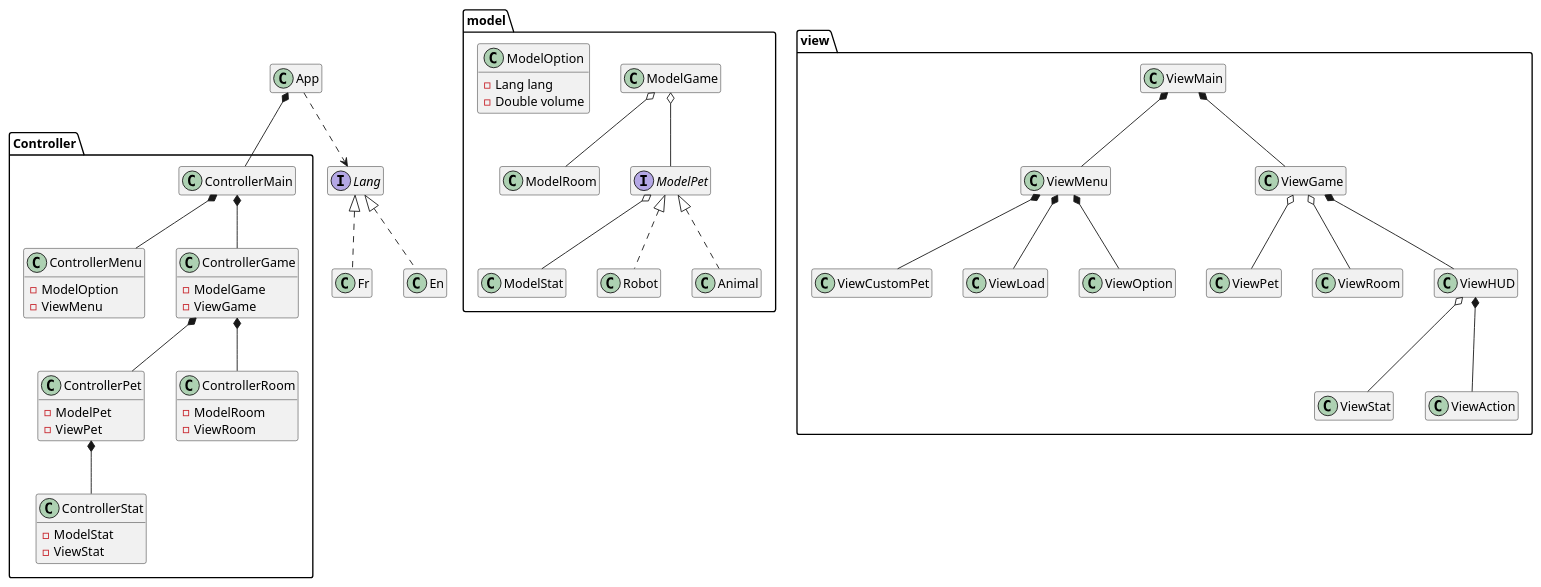
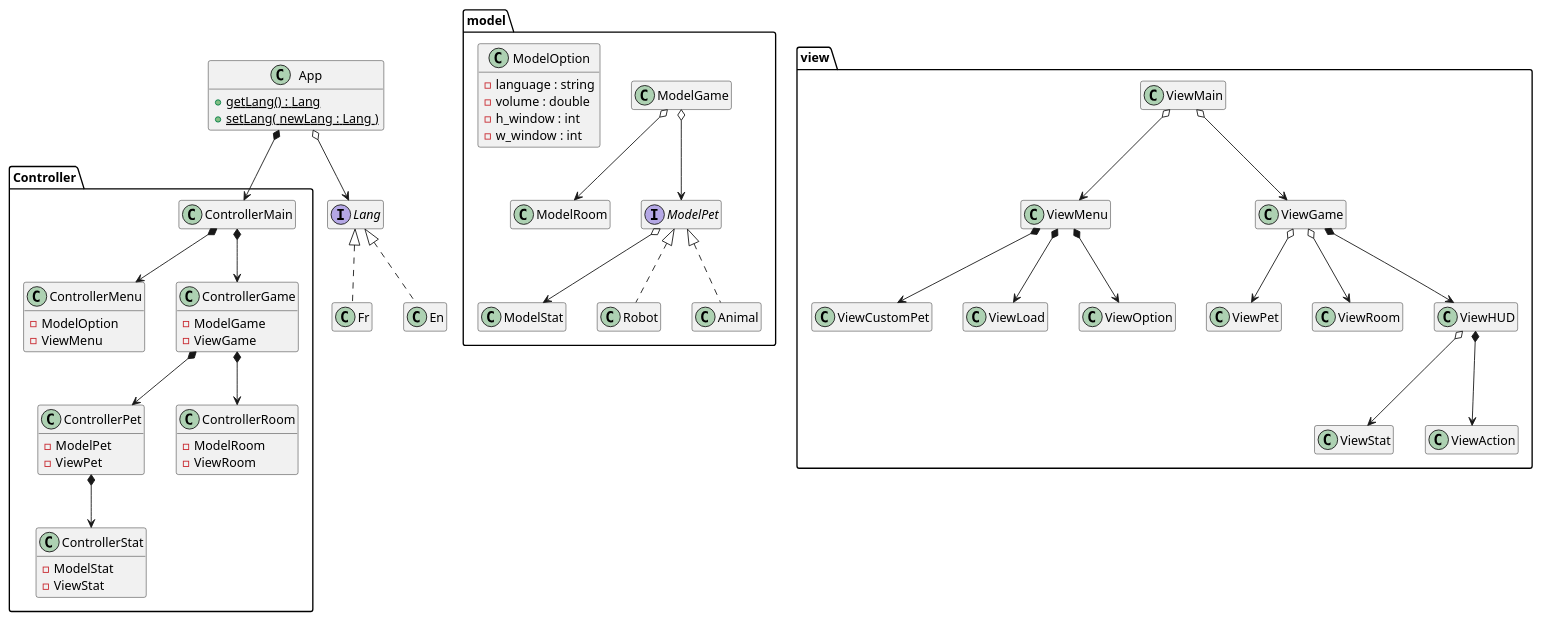
The diagram in diagrams/diagram-class.puml (83NJAM1/Tamagotchi), drawn with PlantUML before and after one commit. The commit also changed 15 other files, not shown here.

Commit message:
update : ajout package lang + methode dans app + modif diagram class

```diff
--- a/diagrams/diagram-class.puml
+++ b/diagrams/diagram-class.puml
@@ -1,92 +1,99 @@
 @startuml
 
 hide empty attributes
 hide empty methods
 
-class App
+class App {
+	+ {static} getLang() : Lang
+	+ {static} setLang( newLang : Lang )
+}
+
 interface Lang
-App ..> Lang
 class Fr
 Class En
+
 Lang <|.. Fr
 Lang <|.. En
+App o--> Lang
 
 package model {
     class ModelRoom
     class ModelGame
     class ModelStat
     class ModelOption {
-	    -Lang lang
-	    -Double volume
+    	-language : string
+	    -volume : double
+	    -h_window : int
+	    -w_window : int
     }
     interface ModelPet
     class Robot
     class Animal
     
     ModelPet <|.. Robot
     ModelPet <|.. Animal
-    ModelPet o-- ModelStat
-    ModelGame o-- ModelPet
-    ModelGame o-- ModelRoom
+    ModelPet o--> ModelStat
+    ModelGame o--> ModelPet
+    ModelGame o--> ModelRoom
 }
 
 package view {
 	class ViewMain
     class ViewPet
     class ViewRoom
     class ViewStat
     class ViewMenu
     class ViewCustomPet
     class ViewLoad
     class ViewAction
     class ViewOption
     class ViewGame
     class ViewHUD
     
-    ViewMain *-- ViewGame
-    ViewMain *-- ViewMenu
-    ViewMenu *-- ViewOption
-    ViewMenu *-- ViewCustomPet
-    ViewMenu *-- ViewLoad
-    ViewGame *-- ViewHUD
-    ViewHUD  *-- ViewAction
-    ViewHUD  o-- ViewStat
-    ViewGame o-- ViewRoom
-    ViewGame o-- ViewPet
+    ViewMain o--> ViewGame
+    ViewMain o--> ViewMenu
+    ViewMenu *--> ViewOption
+    ViewMenu *--> ViewCustomPet
+    ViewMenu *--> ViewLoad
+    ViewGame *--> ViewHUD
+    ViewHUD  *--> ViewAction
+    ViewHUD  o--> ViewStat
+    ViewGame o--> ViewRoom
+    ViewGame o--> ViewPet
 }
 
 package Controller {
     class ControllerMain
     
     class ControllerPet {
         -ModelPet
         -ViewPet
     }
     class ControllerRoom {
         -ModelRoom
         -ViewRoom
     }
     class ControllerStat {
         -ModelStat
         -ViewStat
     }
     class ControllerMenu {
         -ModelOption
         -ViewMenu
     }
     class ControllerGame {
         -ModelGame
         -ViewGame
     }
     
-    ControllerPet *-- ControllerStat
-    ControllerGame *-- ControllerPet
-    ControllerGame *-- ControllerRoom
-    ControllerMain *-- ControllerGame 
-    ControllerMain *-- ControllerMenu
+    ControllerPet *--> ControllerStat
+    ControllerGame *--> ControllerPet
+    ControllerGame *--> ControllerRoom
+    ControllerMain *--> ControllerGame 
+    ControllerMain *--> ControllerMenu
     
 }
 
-App *-- ControllerMain
+App *--> ControllerMain
 
 @enduml
```
